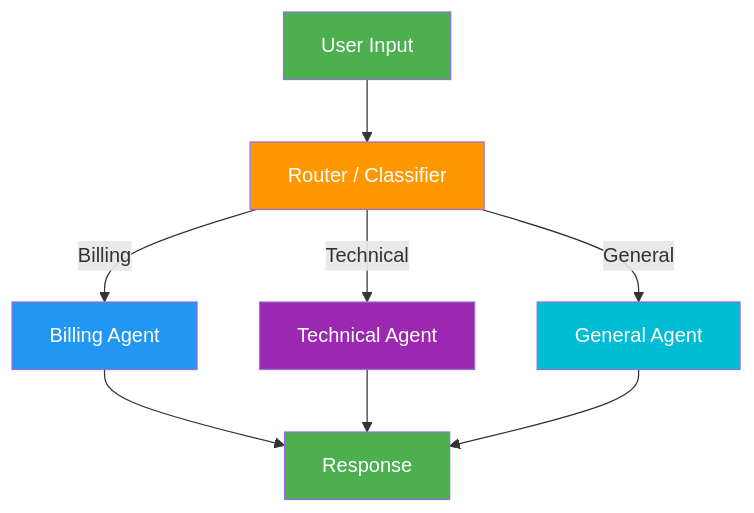
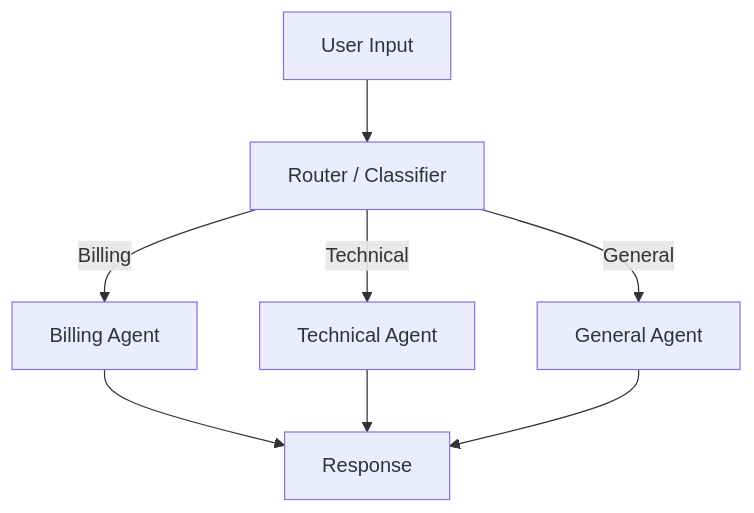
The third of 11 diagrams in README.md (saisrinivas-samoju/agentic_architectures), drawn with Mermaid before and after one commit. The commit also changed other lines of this file and 20 other files, not shown here.

````diff
--- a/README.md
+++ b/README.md
@@ -129,17 +153,10 @@
 ```mermaid
 flowchart TD
     A[User Input] --> B[Router / Classifier]
     B -->|Billing| C[Billing Agent]
     B -->|Technical| D[Technical Agent]
     B -->|General| E[General Agent]
     C --> F[Response]
     D --> F
     E --> F
-
-    style A fill:#4CAF50,color:#fff
-    style B fill:#FF9800,color:#fff
-    style C fill:#2196F3,color:#fff
-    style D fill:#9C27B0,color:#fff
-    style E fill:#00BCD4,color:#fff
-    style F fill:#4CAF50,color:#fff
 ```
````
